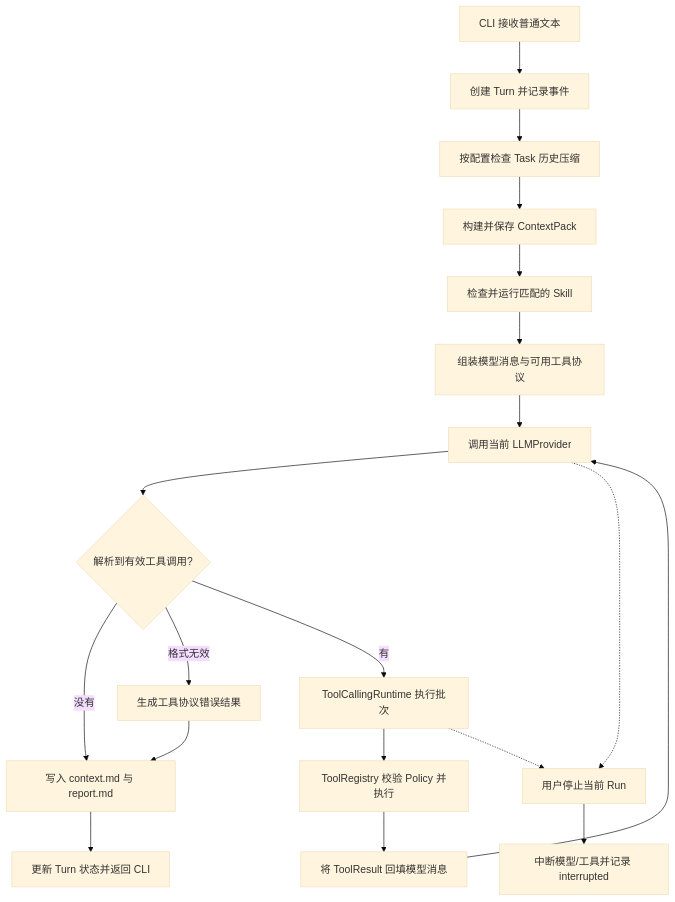
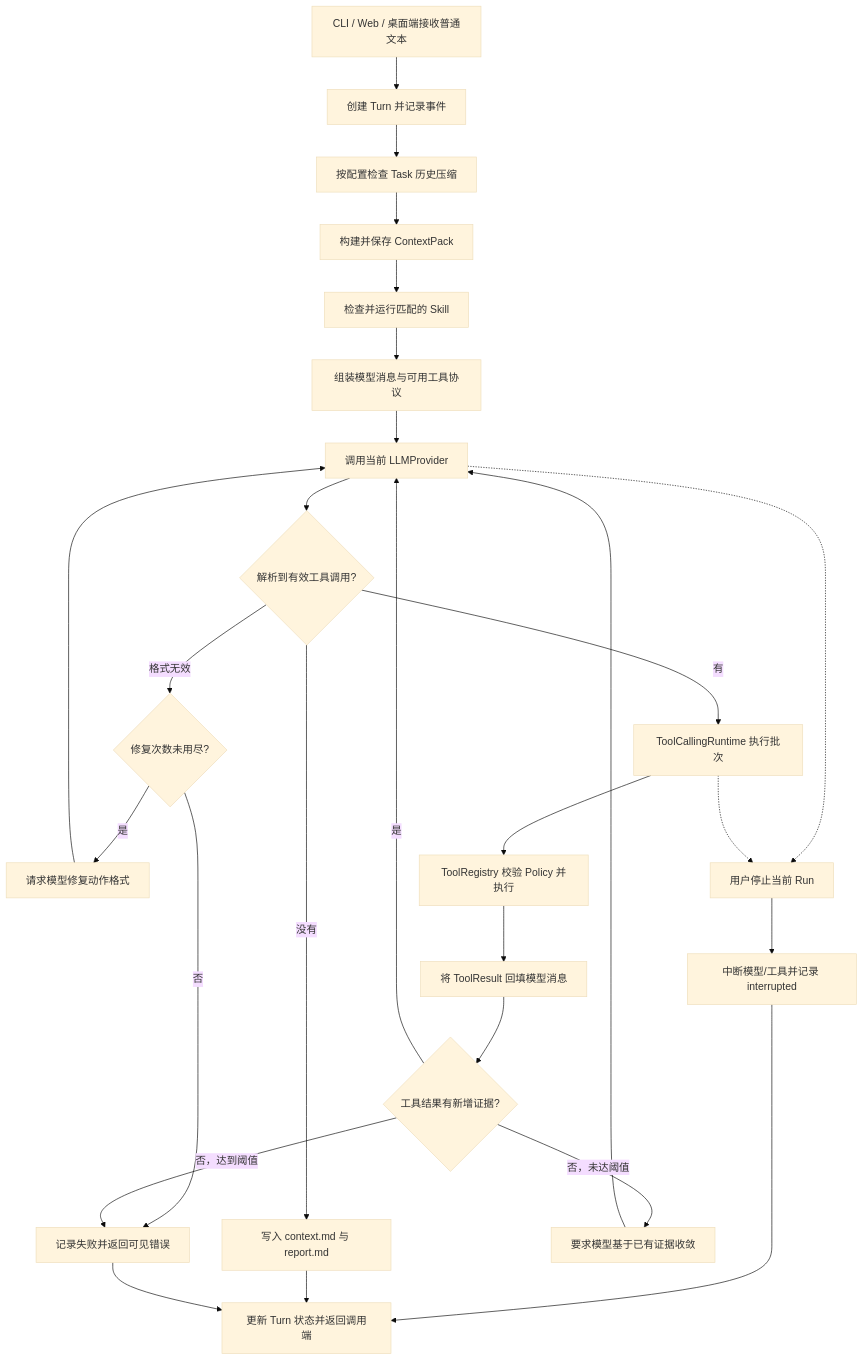
One commit to hfqf/figo-agent changed the second of 3 diagrams in readme.md. Above: the diagram before and after it, drawn with Mermaid (base theme). The commit also changed other lines of this file, not shown here.

````diff
--- a/readme.md
+++ b/readme.md
@@ -127,21 +127,29 @@
 ```mermaid
 flowchart TD
-  Input["CLI 接收普通文本"] --> Turn["创建 Turn 并记录事件"]
+  Input["CLI / Web / 桌面端接收普通文本"] --> Turn["创建 Turn 并记录事件"]
   Turn --> Compact["按配置检查 Task 历史压缩"]
   Compact --> Context["构建并保存 ContextPack"]
   Context --> Skill["检查并运行匹配的 Skill"]
   Skill --> Messages["组装模型消息与可用工具协议"]
   Messages --> Call["调用当前 LLMProvider"]
   Call --> Parse{"解析到有效工具调用?"}
   Parse -->|没有| Report["写入 context.md 与 report.md"]
-  Parse -->|格式无效| Error["生成工具协议错误结果"]
+  Parse -->|格式无效| Repair{"修复次数未用尽?"}
+  Repair -->|是| Retry["请求模型修复动作格式"]
+  Retry --> Call
+  Repair -->|否| Failed["记录失败并返回可见错误"]
   Parse -->|有| Execute["ToolCallingRuntime 执行批次"]
   Execute --> Policy["ToolRegistry 校验 Policy 并执行"]
   Policy --> Result["将 ToolResult 回填模型消息"]
-  Result --> Call
-  Error --> Report
+  Result --> Progress{"工具结果有新增证据?"}
+  Progress -->|是| Call
+  Progress -->|否，未达阈值| Converge["要求模型基于已有证据收敛"]
+  Converge --> Call
+  Progress -->|否，达到阈值| Failed
   Stop["用户停止当前 Run"] --> Interrupted["中断模型/工具并记录 interrupted"]
   Call -.-> Stop
   Execute -.-> Stop
-  Report --> Done["更新 Turn 状态并返回 CLI"]
+  Interrupted --> Done
+  Report --> Done["更新 Turn 状态并返回调用端"]
+  Failed --> Done
 ```
````
